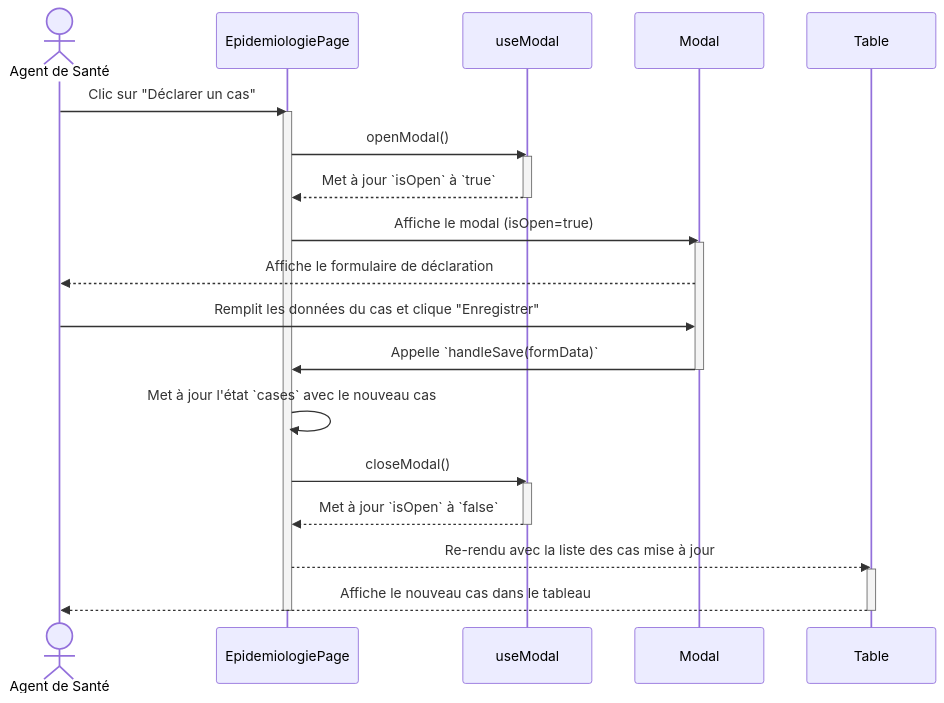
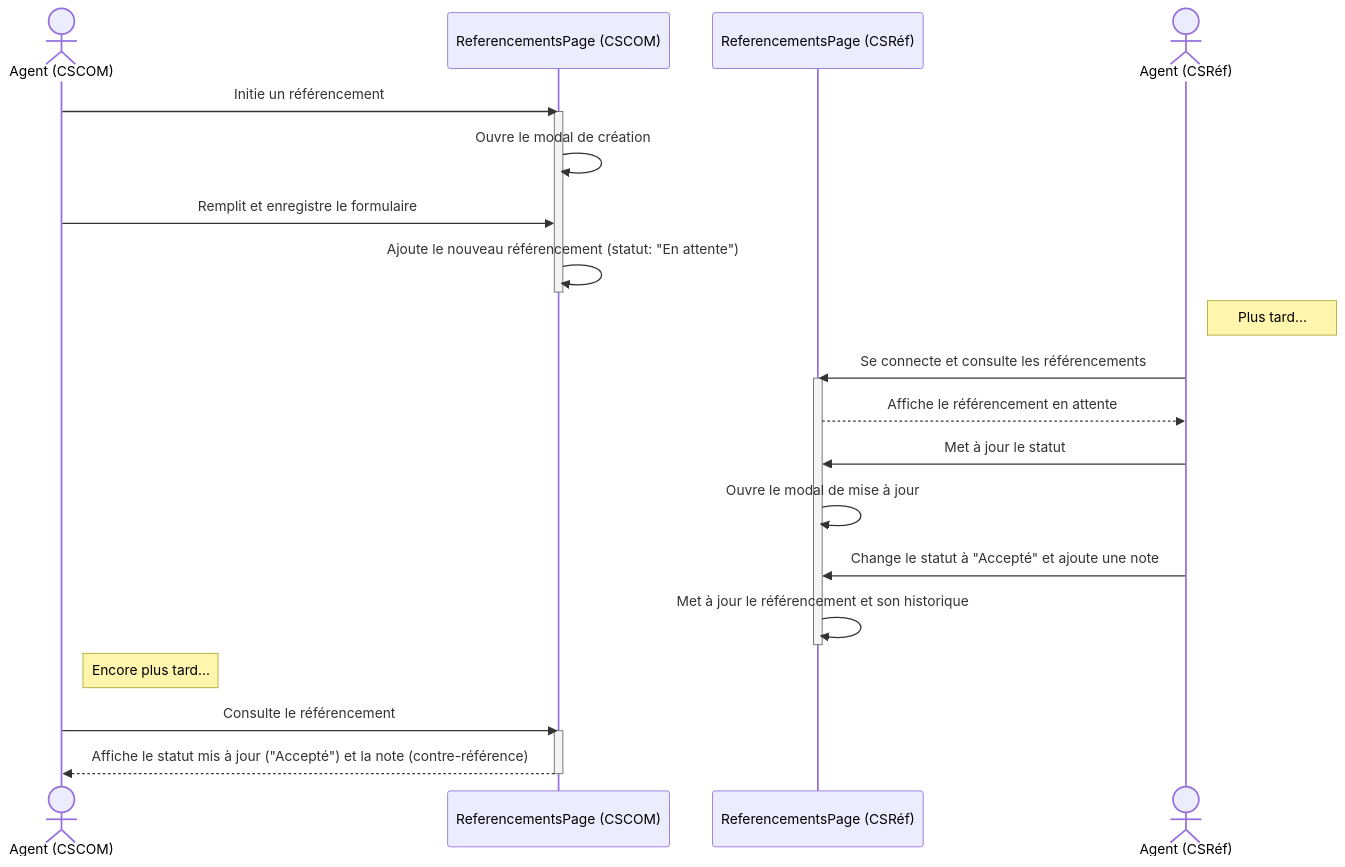
One commit to drguindo/Gestin-SIS-Baobab changed the third of 4 diagrams in docs/10_diagrammes_uml.md. Above: the diagram before and after it, drawn with Mermaid. The commit also changed other lines of this file and 14 other files, not shown here.

````diff
--- a/docs/10_diagrammes_uml.md
+++ b/docs/10_diagrammes_uml.md
@@ -259,35 +154,33 @@
 ```mermaid
 sequenceDiagram
-    actor Agent as Agent de Santé
-    participant Page as EpidemiologiePage
-    participant Hook as useModal
-    participant ModalUI as Modal
-    participant TableUI as Table
+    actor AgentCSCOM as Agent (CSCOM)
+    participant PageRefCSCOM as ReferencementsPage (CSCOM)
+    participant PageRefCSREF as ReferencementsPage (CSRéf)
+    actor AgentCSREF as Agent (CSRéf)
 
-    Agent->>Page: Clic sur "Déclarer un cas"
-    activate Page
-    Page->>Hook: openModal()
-    activate Hook
-    Hook-->>Page: Met à jour `isOpen` à `true`
-    deactivate Hook
-    Page->>ModalUI: Affiche le modal (isOpen=true)
-    activate ModalUI
+    AgentCSCOM->>PageRefCSCOM: Initie un référencement
+    activate PageRefCSCOM
+    PageRefCSCOM->>PageRefCSCOM: Ouvre le modal de création
+    AgentCSCOM->>PageRefCSCOM: Remplit et enregistre le formulaire
+    PageRefCSCOM->>PageRefCSCOM: Ajoute le nouveau référencement (statut: "En attente")
+    deactivate PageRefCSCOM
     
-    ModalUI-->>Agent: Affiche le formulaire de déclaration
-    Agent->>ModalUI: Remplit les données du cas et clique "Enregistrer"
+    Note right of AgentCSREF: Plus tard...
+
+    AgentCSREF->>PageRefCSREF: Se connecte et consulte les référencements
+    activate PageRefCSREF
+    PageRefCSREF-->>AgentCSREF: Affiche le référencement en attente
     
-    ModalUI->>Page: Appelle `handleSave(formData)`
-    deactivate ModalUI
+    AgentCSREF->>PageRefCSREF: Met à jour le statut
+    PageRefCSREF->>PageRefCSREF: Ouvre le modal de mise à jour
+    AgentCSREF->>PageRefCSREF: Change le statut à "Accepté" et ajoute une note
+    PageRefCSREF->>PageRefCSREF: Met à jour le référencement et son historique
+    deactivate PageRefCSREF
     
-    Page->>Page: Met à jour l'état `cases` avec le nouveau cas
-    Page->>Hook: closeModal()
-    activate Hook
-    Hook-->>Page: Met à jour `isOpen` à `false`
-    deactivate Hook
-    
-    Page-->>TableUI: Re-rendu avec la liste des cas mise à jour
-    activate TableUI
-    TableUI-->>Agent: Affiche le nouveau cas dans le tableau
-    deactivate TableUI
-    deactivate Page
+    Note right of AgentCSCOM: Encore plus tard...
+
+    AgentCSCOM->>PageRefCSCOM: Consulte le référencement
+    activate PageRefCSCOM
+    PageRefCSCOM-->>AgentCSCOM: Affiche le statut mis à jour ("Accepté") et la note (contre-référence)
+    deactivate PageRefCSCOM
 ```
````
